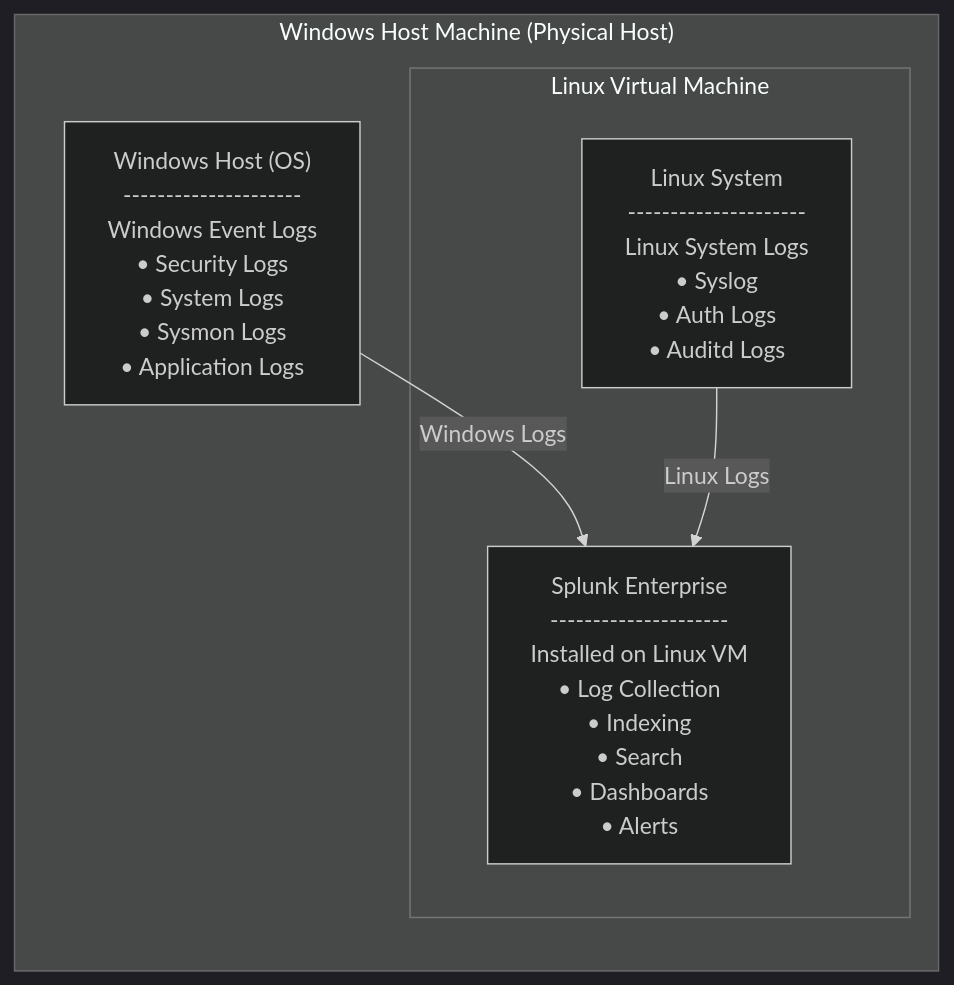
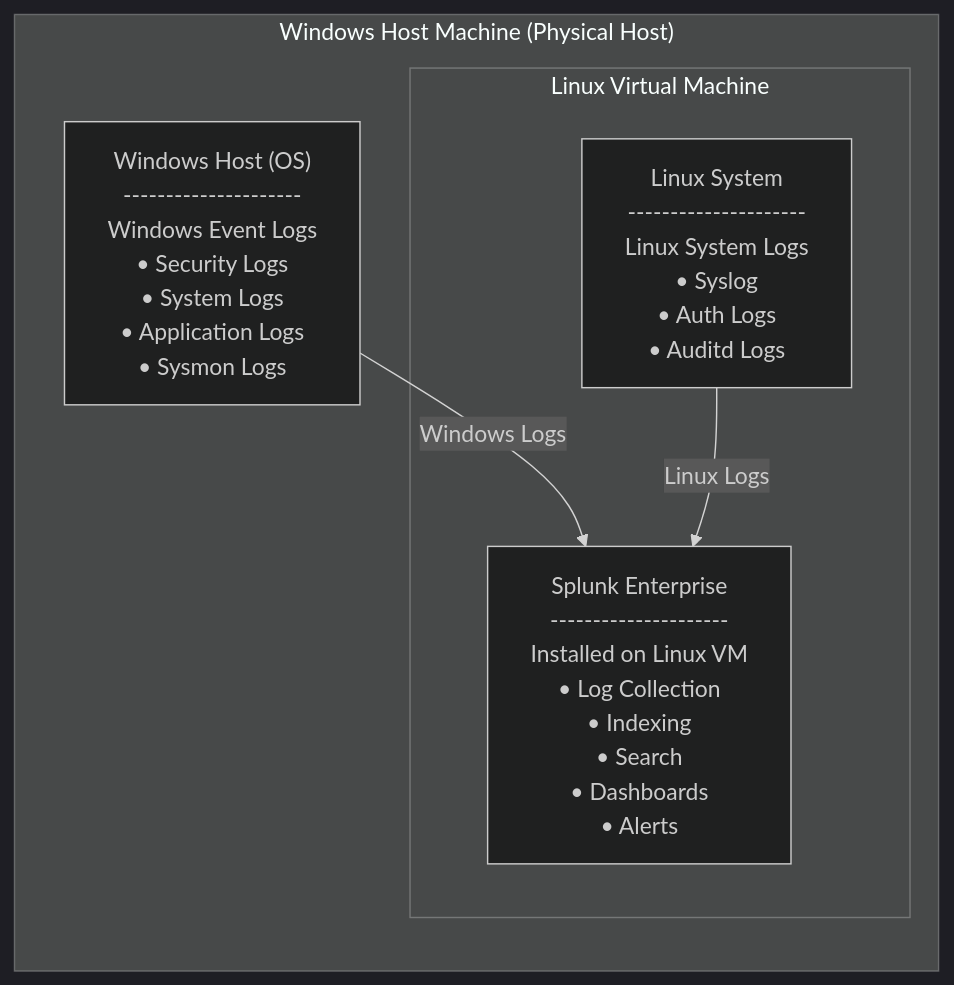
One commit to Yellmahn/SOC-labs changed the diagram in Splunk-Home-SOC-Lab/README.md. Above: the diagram before and after it, drawn with Mermaid (dark theme).

````diff
--- a/Splunk-Home-SOC-Lab/README.md
+++ b/Splunk-Home-SOC-Lab/README.md
@@ -29,35 +29,35 @@
 ```mermaid
 flowchart LR
 
     subgraph WH["Windows Host Machine (Physical Host)"]
 
         W["Windows Host (OS)
         ---------------------
         Windows Event Logs
         • Security Logs
         • System Logs
-        • Sysmon Logs
-        • Application Logs"]
+        • Application Logs
+        • Sysmon Logs"]
 
         subgraph VM["Linux Virtual Machine"]
             L["Linux System
             ---------------------
             Linux System Logs
             • Syslog
             • Auth Logs
             • Auditd Logs"]
 
             S["Splunk Enterprise
             ---------------------
             Installed on Linux VM
             • Log Collection
             • Indexing
             • Search
             • Dashboards
             • Alerts"]
         end
     end
 
     W -->|Windows Logs| S
     L -->|Linux Logs| S
 ```
````
